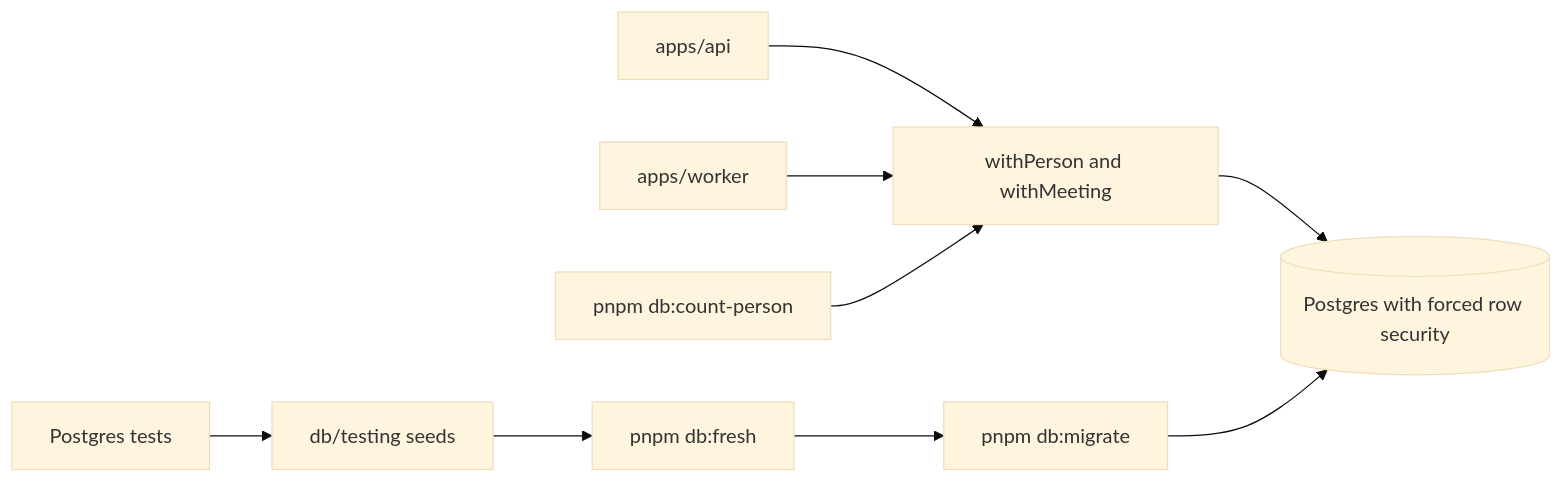
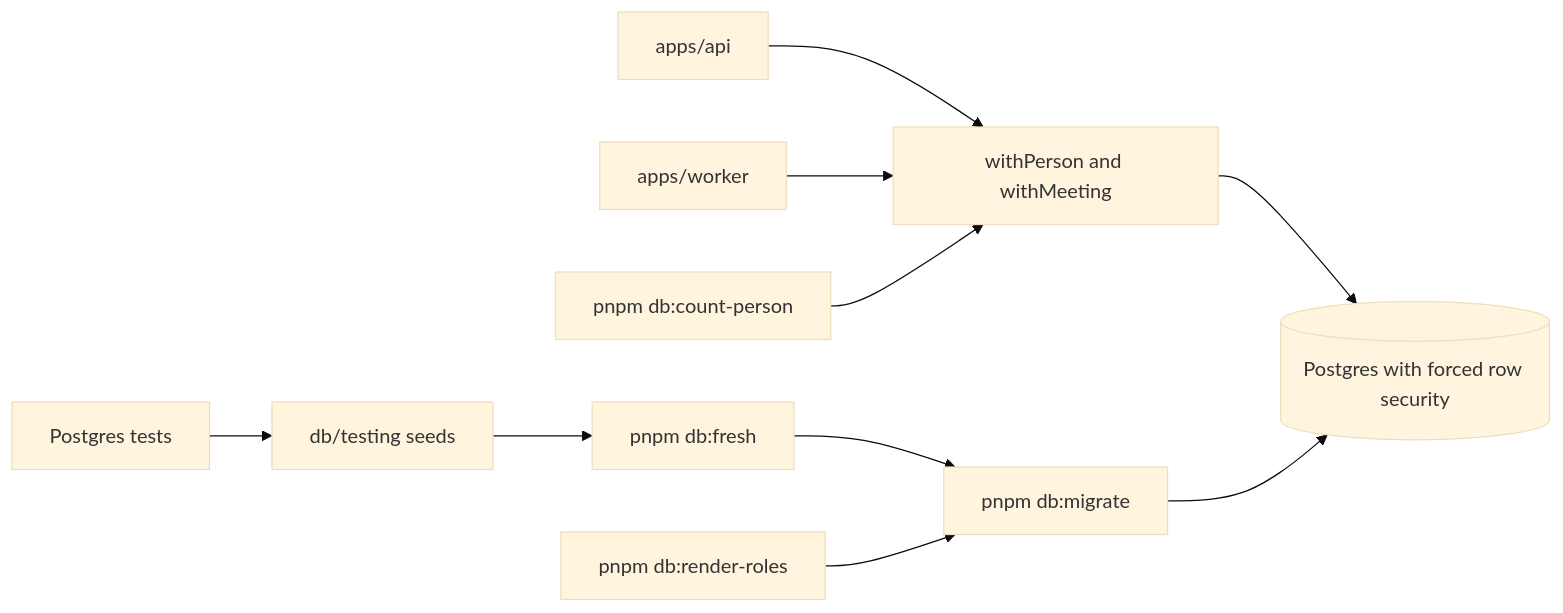
One commit to Ambar-13/Meta-hackathon changed the diagram in packages/db/README.md. Above: the diagram before and after it, drawn with Mermaid (base theme). The commit also changed other lines of this file and 10 other files, not shown here.

````diff
--- a/packages/db/README.md
+++ b/packages/db/README.md
@@ -15,10 +15,11 @@
 ```mermaid
 flowchart LR
   api[apps/api] --> wrappers[withPerson and withMeeting]
   worker[apps/worker] --> wrappers
   wrappers --> pg[(Postgres with forced row security)]
   migrate[pnpm db:migrate] --> pg
   fresh[pnpm db:fresh] --> migrate
+  render[pnpm db:render-roles] --> migrate
   count[pnpm db:count-person] --> wrappers
   tests[Postgres tests] --> seeds[db/testing seeds] --> fresh
 ```
````
